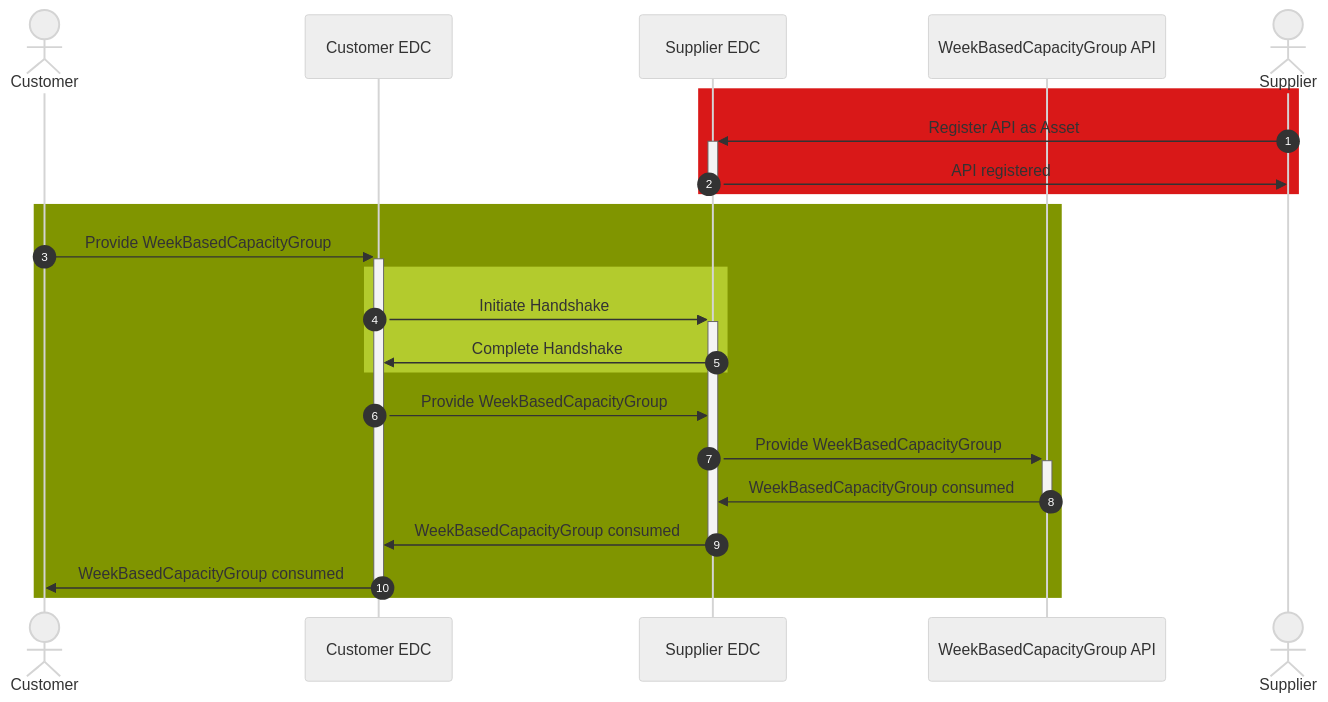
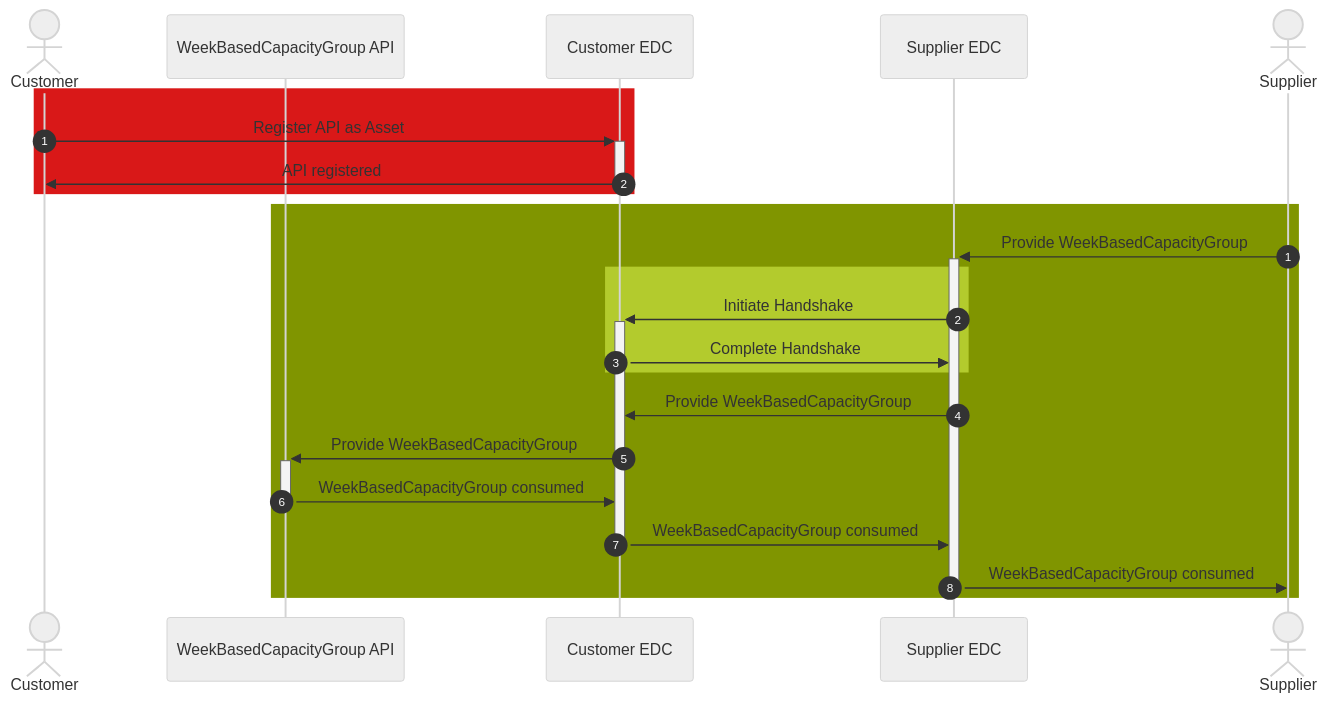
Before and after one commit to eclipse-tractusx/eclipse-tractusx.github.io: the diagram in docs-kits_versioned_docs/version-24.12/kits/demand-and-capacity-management-kit/development-view/api-capacity-group.md, drawn with Mermaid (neutral theme). The commit also changed other lines of this file and 5 other files, not shown here.

````diff
--- a/docs-kits_versioned_docs/version-24.12/kits/demand-and-capacity-management-kit/development-view/api-capacity-group.md
+++ b/docs-kits_versioned_docs/version-24.12/kits/demand-and-capacity-management-kit/development-view/api-capacity-group.md
@@ -22,28 +22,28 @@
 ```mermaid
 sequenceDiagram
 autonumber
     actor c as Customer 
+    participant a as WeekBasedCapacityGroup API
     participant ce as Customer EDC
-    participant se as Supplier EDC
-    participant a as WeekBasedCapacityGroup API
+    participant se as Supplier EDC    
     actor s as Supplier
     
     rect rgb(217,24,24)
-    s->>+se: Register API as Asset
-    se->>-s: API registered
+      c->>+ce: Register API as Asset
+      ce->>-c: API registered
     end
+autonumber 1
     rect rgb(128,149,00)
-    c->>+ce: Provide WeekBasedCapacityGroup
-    rect rgb(179,203,45)
-    ce->>+se: Initiate Handshake
-    se->>ce: Complete Handshake
-    end
-    ce->>se: Provide WeekBasedCapacityGroup
-    se->>+a: Provide WeekBasedCapacityGroup
-    a->>-se: WeekBasedCapacityGroup consumed
-    se->>-ce: WeekBasedCapacityGroup consumed
-    ce->>-c: WeekBasedCapacityGroup consumed
+      s->>+se: Provide WeekBasedCapacityGroup
+      rect rgb(179,203,45)
+        se->>+ce: Initiate Handshake
+        ce->>se: Complete Handshake
+      end
+      se->>ce: Provide WeekBasedCapacityGroup
+      ce->>+a: Provide WeekBasedCapacityGroup
+      a->>-ce: WeekBasedCapacityGroup consumed
+      ce->>-se: WeekBasedCapacityGroup consumed
+      se->>-s: WeekBasedCapacityGroup consumed
     
     end
-  
 ```
````
